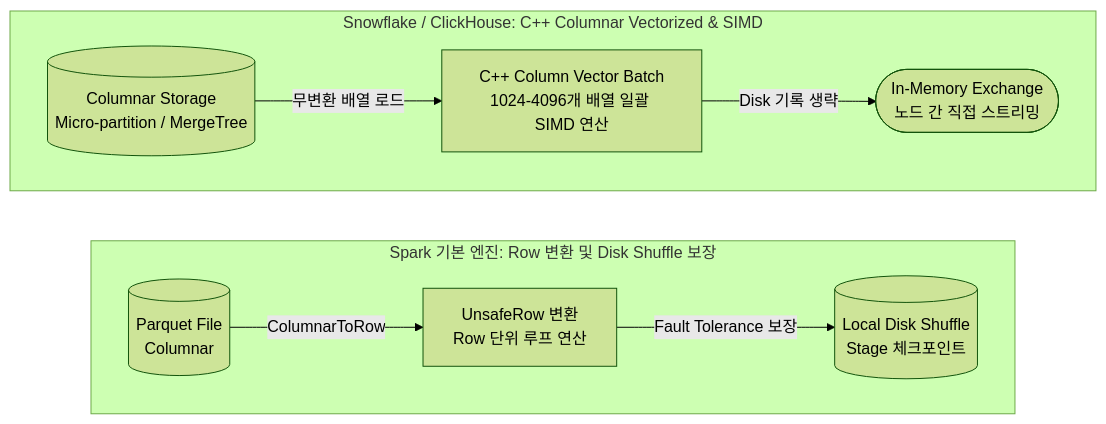
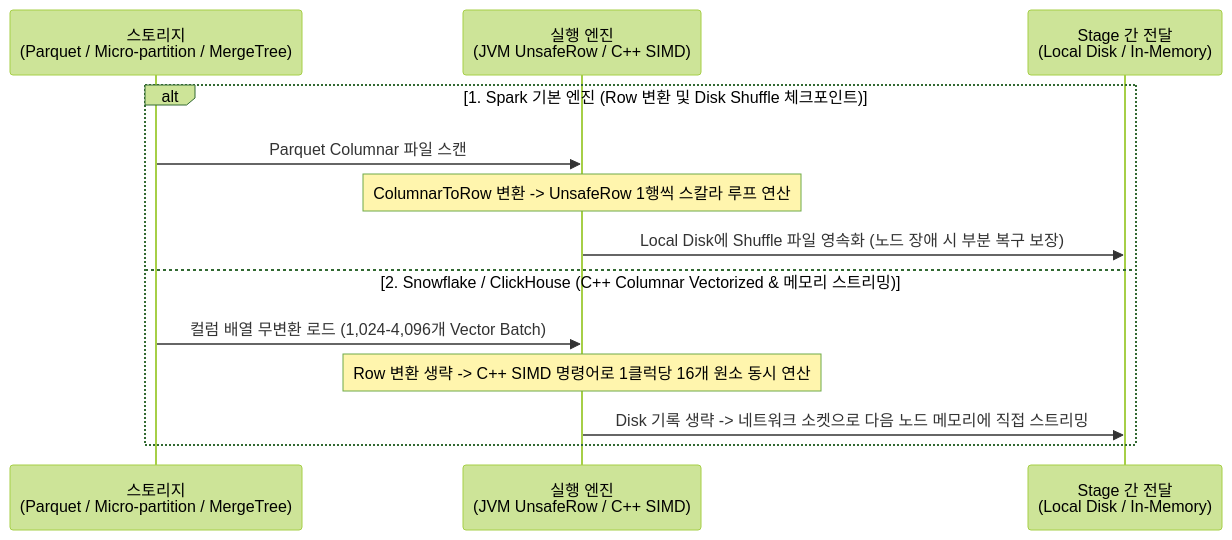
The sixth of 12 diagrams in docs/dbms/distributed/mapreduce-spark-and-distributed-db-internals.md (djpibo/djpibo.github.io), drawn with Mermaid (forest theme) before and after one commit. The commit also changed other lines of this file, not shown here.

Commit message:
docs(mermaid): convert Figure 5 Spark vs MPP pipeline to sequenceDiagram

````diff
--- a/docs/dbms/distributed/mapreduce-spark-and-distributed-db-internals.md
+++ b/docs/dbms/distributed/mapreduce-spark-and-distributed-db-internals.md
@@ -295,21 +294,16 @@
 ```mermaid
-flowchart LR
+sequenceDiagram
+    participant Storage as 스토리지<br/>(Parquet / Micro-partition / MergeTree)
+    participant Engine as 실행 엔진<br/>(JVM UnsafeRow / C++ SIMD)
+    participant Transfer as Stage 간 전달<br/>(Local Disk / In-Memory)
 
-    subgraph SPARK_ENG ["Spark 기본 엔진: Row 변환 및 Disk Shuffle 보장"]
-        direction LR
-        S_PARQ[("Parquet File<br/>Columnar")]
-        S_ROW["UnsafeRow 변환<br/>Row 단위 루프 연산"]
-        S_DISK[("Local Disk Shuffle<br/>Stage 체크포인트")]
-        S_PARQ -->|"ColumnarToRow"| S_ROW
-        S_ROW -->|"Fault Tolerance 보장"| S_DISK
-    end
-
-    subgraph MPP_ENG ["Snowflake / ClickHouse: C++ Columnar Vectorized & SIMD"]
-        direction LR
-        M_COL[("Columnar Storage<br/>Micro-partition / MergeTree")]
-        M_VEC["C++ Column Vector Batch<br/>1024-4096개 배열 일괄 SIMD 연산"]
-        M_NET(["In-Memory Exchange<br/>노드 간 직접 스트리밍"])
-        M_COL -->|"무변환 배열 로드"| M_VEC
-        M_VEC -->|"Disk 기록 생략"| M_NET
+    alt 1. Spark 기본 엔진 (Row 변환 및 Disk Shuffle 체크포인트)
+        Storage->>Engine: Parquet Columnar 파일 스캔
+        Note over Engine: ColumnarToRow 변환 -> UnsafeRow 1행씩 스칼라 루프 연산
+        Engine->>Transfer: Local Disk에 Shuffle 파일 영속화 (노드 장애 시 부분 복구 보장)
+    else 2. Snowflake / ClickHouse (C++ Columnar Vectorized & 메모리 스트리밍)
+        Storage->>Engine: 컬럼 배열 무변환 로드 (1,024-4,096개 Vector Batch)
+        Note over Engine: Row 변환 생략 -> C++ SIMD 명령어로 1클럭당 16개 원소 동시 연산
+        Engine->>Transfer: Disk 기록 생략 -> 네트워크 소켓으로 다음 노드 메모리에 직접 스트리밍
     end
 ```
````
